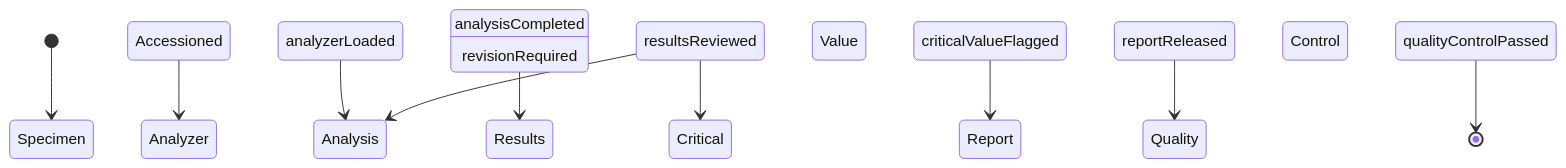
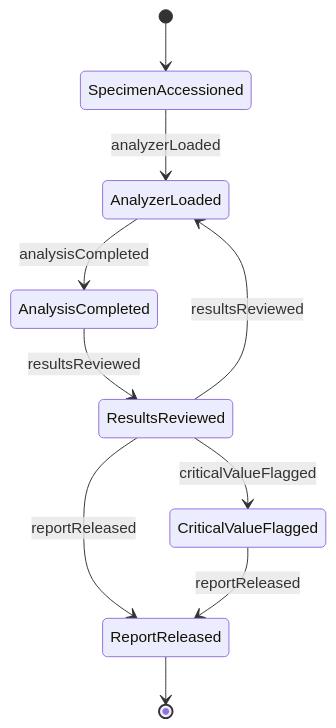
The second of 4 diagrams in ControllingMachinesAndProcesses/OperateLaboratoryOrFieldEquipment/OperateLaboratoryEquipmentAnalyzeMedical.mdx (dot-org-ai/tasks.org.ai), drawn with Mermaid before and after one commit. The commit also changed other lines of this file and 515 other files, not shown here.

````diff
--- a/ControllingMachinesAndProcesses/OperateLaboratoryOrFieldEquipment/OperateLaboratoryEquipmentAnalyzeMedical.mdx
+++ b/ControllingMachinesAndProcesses/OperateLaboratoryOrFieldEquipment/OperateLaboratoryEquipmentAnalyzeMedical.mdx
@@ -98,12 +98,12 @@
 ```mermaid
 stateDiagram-v2
-    [*] --> Specimen Accessioned
-    Specimen Accessioned --> Analyzer Loaded : analyzerLoaded
-    Analyzer Loaded --> Analysis Completed : analysisCompleted
-    Analysis Completed --> Results Reviewed : resultsReviewed
-    Results Reviewed --> Critical Value Flagged : criticalValueFlagged
-    Critical Value Flagged --> Report Released : reportReleased
-    Report Released --> Quality Control Passed : qualityControlPassed
-    Results Reviewed --> Analysis Completed : revisionRequired
-    Quality Control Passed --> [*]
+    [*] --> SpecimenAccessioned
+    SpecimenAccessioned --> AnalyzerLoaded : analyzerLoaded
+    AnalyzerLoaded --> AnalysisCompleted : analysisCompleted
+    AnalysisCompleted --> ResultsReviewed : resultsReviewed
+    ResultsReviewed --> CriticalValueFlagged : criticalValueFlagged
+    ResultsReviewed --> ReportReleased : reportReleased
+    CriticalValueFlagged --> ReportReleased : reportReleased
+    ResultsReviewed --> AnalyzerLoaded : resultsReviewed
+    ReportReleased --> [*]
 ```
````
